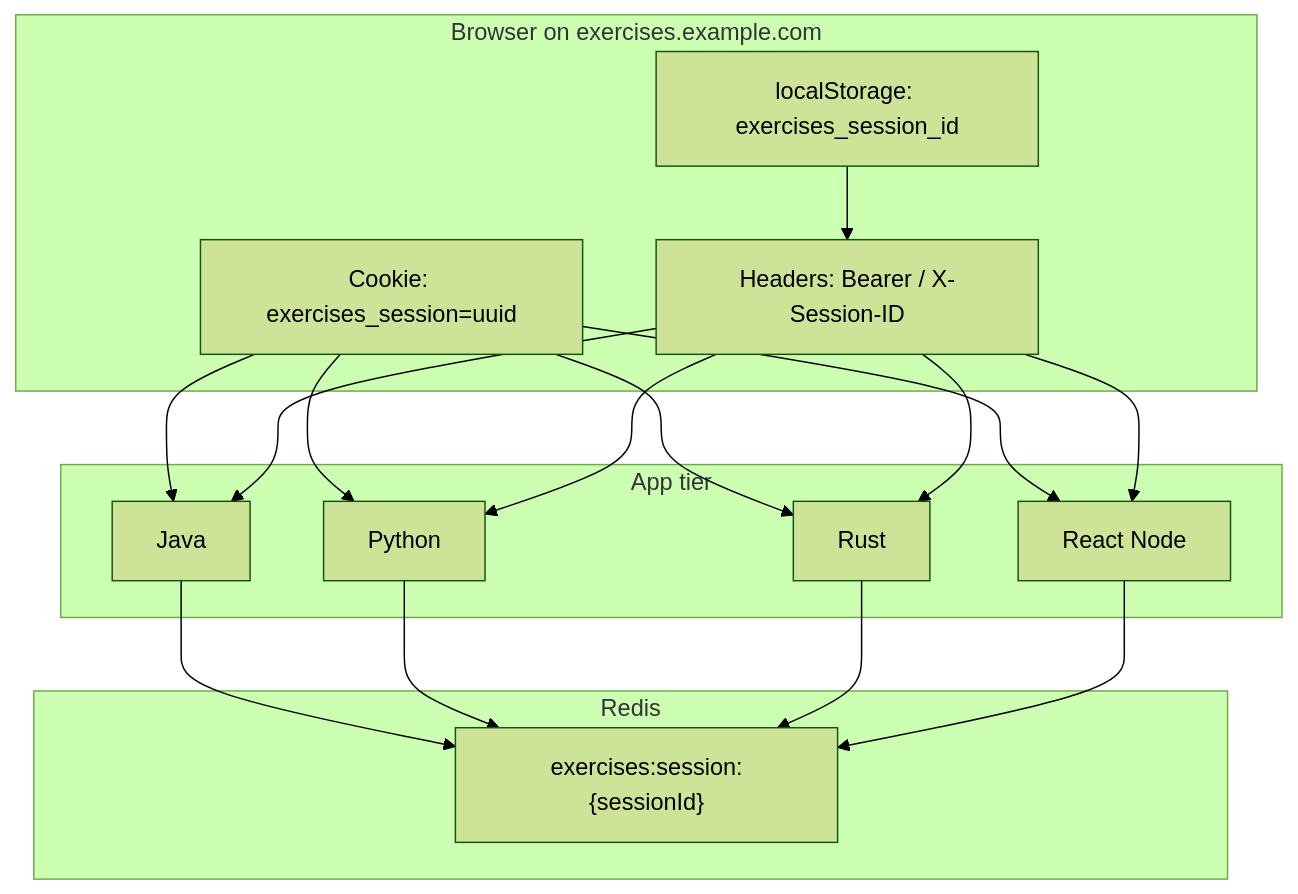
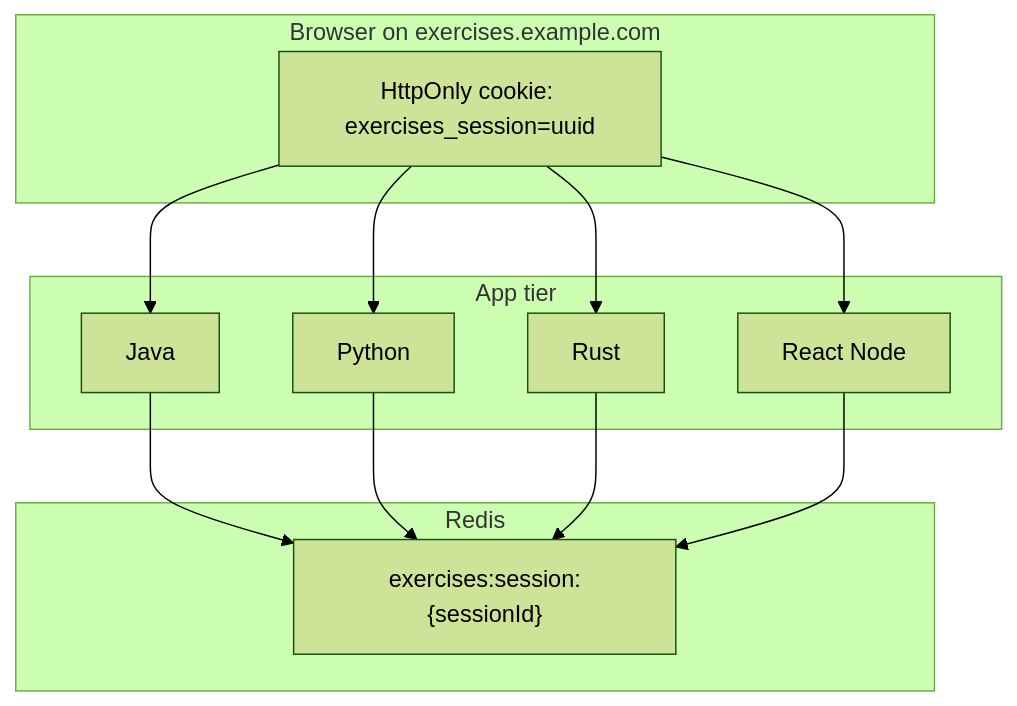
One commit to tiagoyamashita/webserver-benchmark changed the first of 2 diagrams in apps/redis/SHARED-SESSION-PLAN.md. Above: the diagram before and after it, drawn with Mermaid (forest theme). The commit also changed other lines of this file and 28 other files, not shown here.

Commit message:
disabled localStorage for security ppurposes; added login and singup

````diff
--- a/apps/redis/SHARED-SESSION-PLAN.md
+++ b/apps/redis/SHARED-SESSION-PLAN.md
@@ -42,33 +42,26 @@
 ```mermaid
 flowchart TB
   subgraph browser [Browser on exercises.example.com]
-    LS["localStorage: exercises_session_id"]
-    CK["Cookie: exercises_session=uuid"]
-    HDR["Headers: Bearer / X-Session-ID"]
+    CK["HttpOnly cookie: exercises_session=uuid"]
   end
 
   subgraph apps [App tier]
     J[Java]
     P[Python]
     R[Rust]
     RN[React Node]
   end
 
   subgraph redis [Redis]
     KEY["exercises:session:{sessionId}"]
   end
 
-  LS --> HDR
   CK --> J
   CK --> P
   CK --> R
   CK --> RN
-  HDR --> J
-  HDR --> P
-  HDR --> R
-  HDR --> RN
   J --> KEY
   P --> KEY
   R --> KEY
   RN --> KEY
 ```
````
